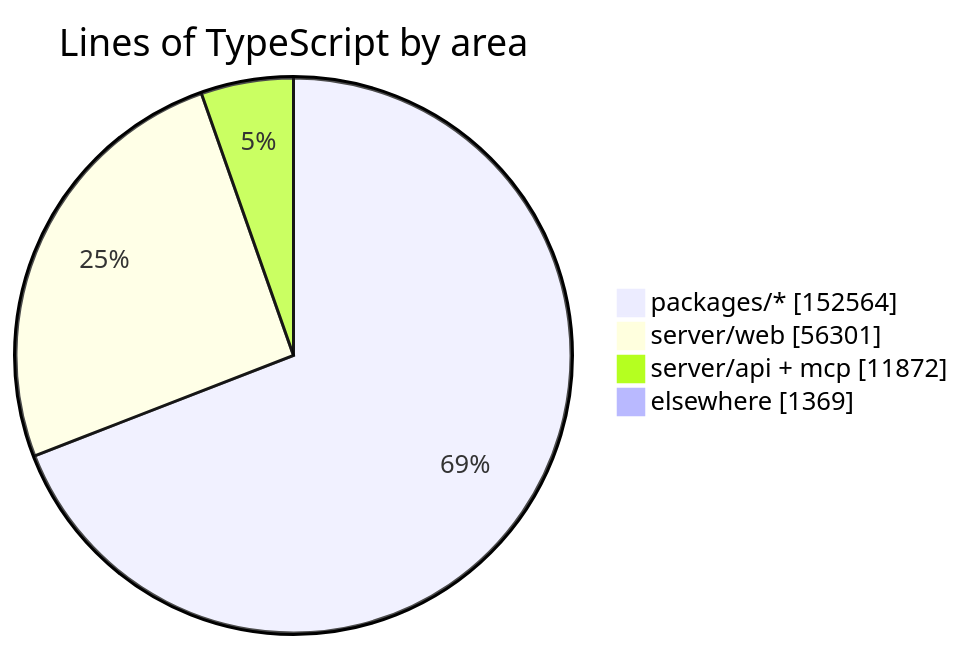
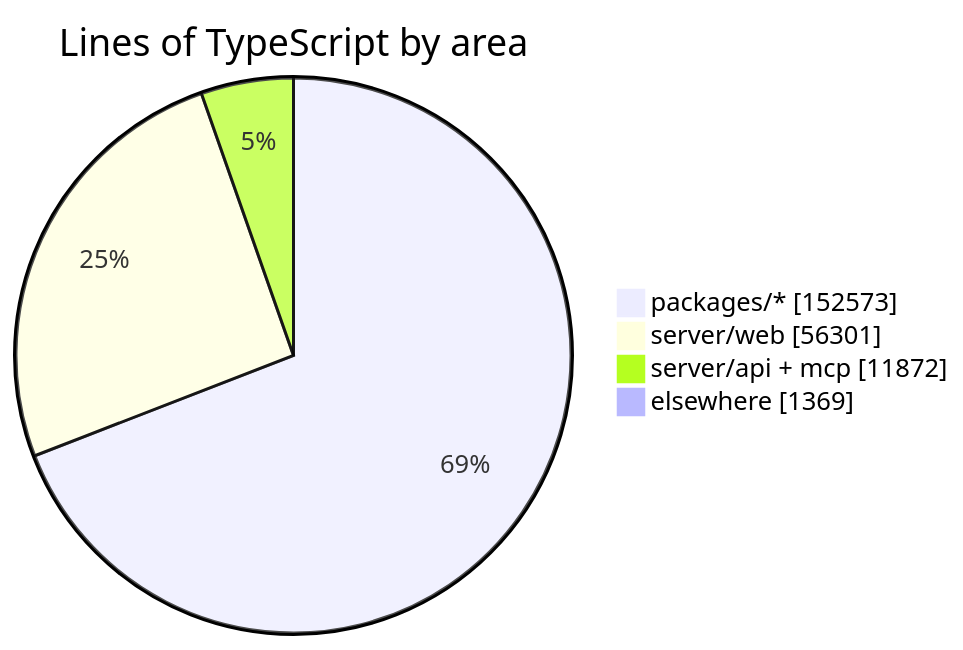
Before and after one commit to crossworks-engineering/mantle: the diagram in README.md, drawn with Mermaid. The commit also changed other lines of this file and 2 other files, not shown here.

````diff
--- a/README.md
+++ b/README.md
@@ -279,7 +279,7 @@
 ```mermaid
 pie showData title Lines of TypeScript by area
-    "packages/*" : 152564
+    "packages/*" : 152573
     "server/web" : 56301
     "server/api + mcp" : 11872
     "elsewhere" : 1369
 ```
````
